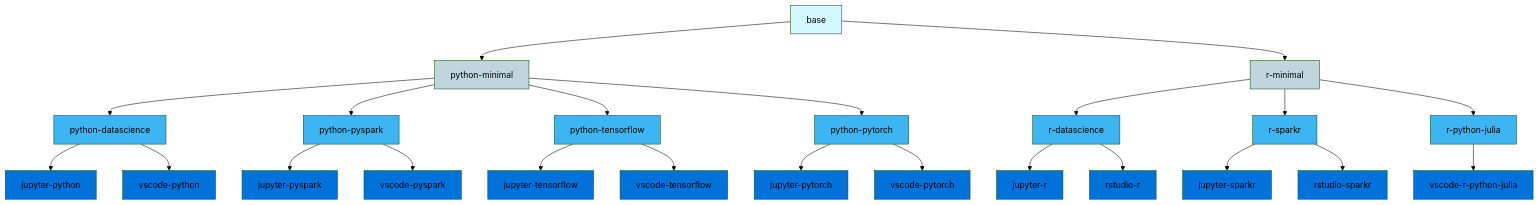
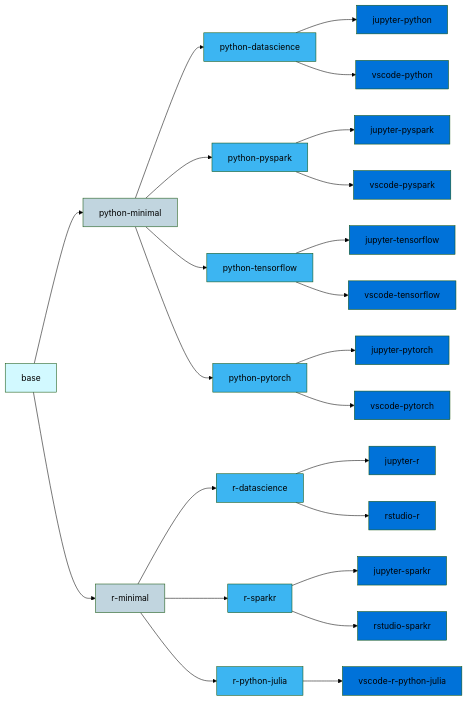
One commit to InseeFrLab/images-datascience changed the first of 2 diagrams in README.md. Above: the diagram before and after it, drawn with Mermaid (forest theme). The commit also changed other lines of this file, not shown here.

````diff
--- a/README.md
+++ b/README.md
@@ -15,29 +15,29 @@
 ```mermaid
-  graph TD;
+  graph LR;
       B[base]:::base-->PM[python-minimal]:::minimal;
       B-->RM[r-minimal]:::minimal;
       PM-->PYDS[python-datascience]:::package;
       PM-->PYSPARK[python-pyspark]:::package;
       PM-->PYTENSORFLOW[python-tensorflow]:::package;
       PM-->PYTORCH[python-pytorch]:::package;
       RM-->RDS[r-datascience]:::package;
       RM-->RSPARK[r-sparkr]:::package;
       RM-->RPYJU[r-python-julia]:::package;
       PYSPARK--> JPYSPARK[jupyter-pyspark]:::ide;
       PYDS--> JPYDS[jupyter-python]:::ide;
       PYTENSORFLOW--> JPYTENSORFLOW[jupyter-tensorflow]:::ide;
       PYTORCH--> JPYTORCH[jupyter-pytorch]:::ide;
       PYSPARK--> VSCODEPYSPARK[vscode-pyspark]:::ide;
       PYDS--> VSCODEPYDS[vscode-python]:::ide;
       PYTENSORFLOW--> VSCODEPYTENSORFLOW[vscode-tensorflow]:::ide;
       PYTORCH--> VSCODEPYTORCH[vscode-pytorch]:::ide;
       RSPARK -->JSPARKR[jupyter-sparkr]:::ide;
       RDS--> JRDS[jupyter-r]:::ide;
       RSPARK -->RSTUDIOSPARKR[rstudio-sparkr]:::ide;
       RDS--> RSTUDIORDS[rstudio-r]:::ide;
       RPYJU--> VSCODERPYJU[vscode-r-python-julia]:::ide;
       classDef base fill:#d2f9ff,color:#000  ;
       classDef minimal fill:#C1D5DF,color:#000;
       classDef package fill:#3cb5f2 ,color:#000  ;
       classDef ide fill:#0072d9  ;
 ```
````
